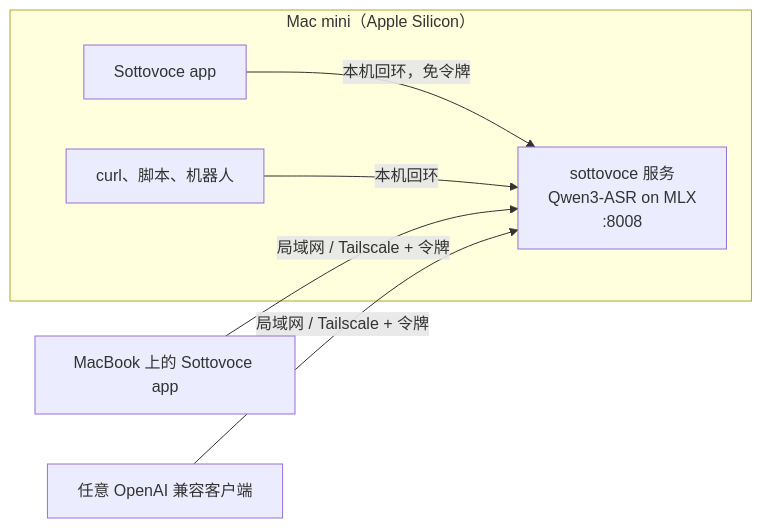
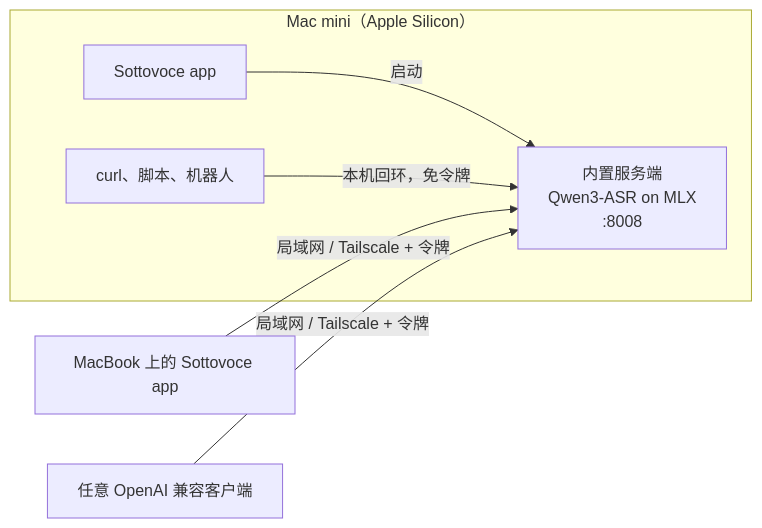
One commit to hotic/sottovoce changed the diagram in README.zh.md. Above: the diagram before and after it, drawn with Mermaid. The commit also changed other lines of this file and 2 other files, not shown here.

````diff
--- a/README.zh.md
+++ b/README.zh.md
@@ -35,10 +35,9 @@
 ```mermaid
 flowchart LR
   subgraph Server["Mac mini（Apple Silicon）"]
-    S["sottovoce 服务<br/>Qwen3-ASR on MLX<br/>:8008"]
-    A1["Sottovoce app"] -->|本机回环，免令牌| S
-    C1["curl、脚本、机器人"] -->|本机回环| S
+    A1["Sottovoce app"] -->|启动| S["内置服务端<br/>Qwen3-ASR on MLX<br/>:8008"]
+    C1["curl、脚本、机器人"] -->|本机回环，免令牌| S
   end
   A2["MacBook 上的 Sottovoce app"] -->|局域网 / Tailscale + 令牌| S
   C2["任意 OpenAI 兼容客户端"] -->|局域网 / Tailscale + 令牌| S
 ```
````
